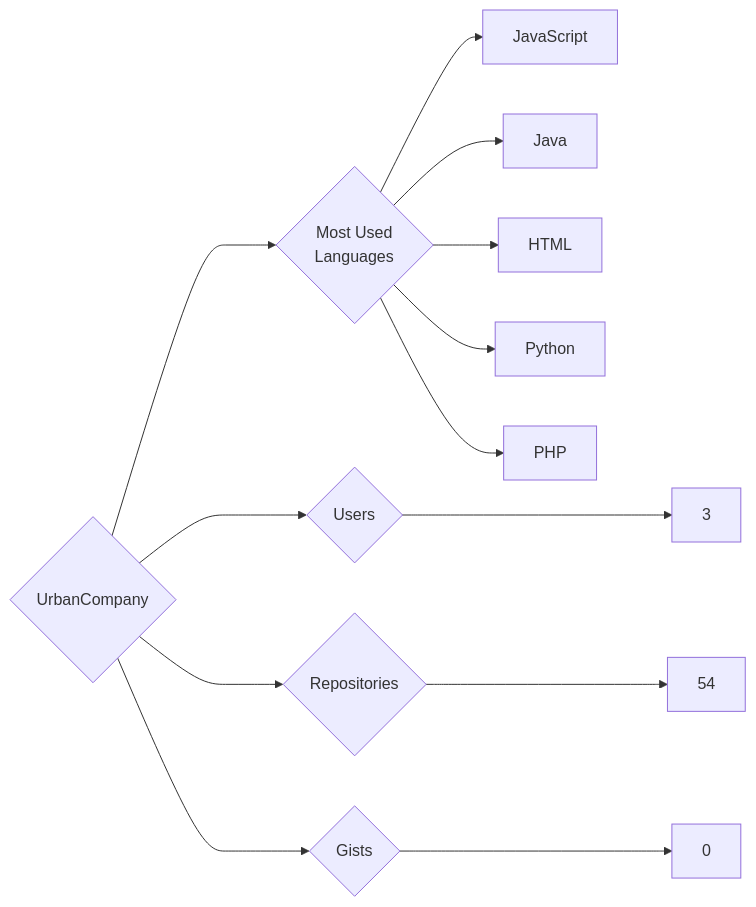
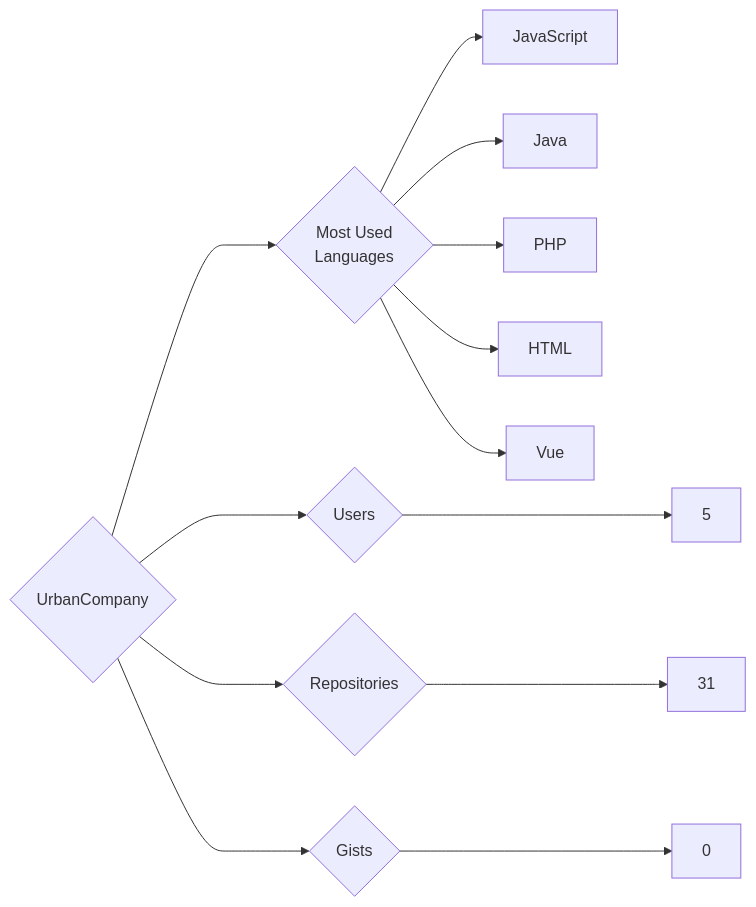
The diagram in targets/UrbanCompany/README.md (trickest/insiders), drawn with Mermaid before and after one commit. The commit also changed 748 other files, not shown here.

````diff
--- a/targets/UrbanCompany/README.md
+++ b/targets/UrbanCompany/README.md
@@ -3,13 +3,13 @@
 ```mermaid
 graph LR
 COMPANY_NAME{UrbanCompany}
-COMPANY_NAME ---> U{Users} ---> UN[3]
-COMPANY_NAME ---> R{Repositories} ---> RN[54]
+COMPANY_NAME ---> U{Users} ---> UN[5]
+COMPANY_NAME ---> R{Repositories} ---> RN[31]
 COMPANY_NAME ---> G{Gists} ---> GN[0]
 COMPANY_NAME ---> ML{Most Used<br>Languages}
 ML --> JavaScript[JavaScript]
 ML --> Java[Java]
+ML --> PHP[PHP]
 ML --> HTML[HTML]
-ML --> Python[Python]
-ML --> PHP[PHP]
+ML --> Vue[Vue]
 ```
````
